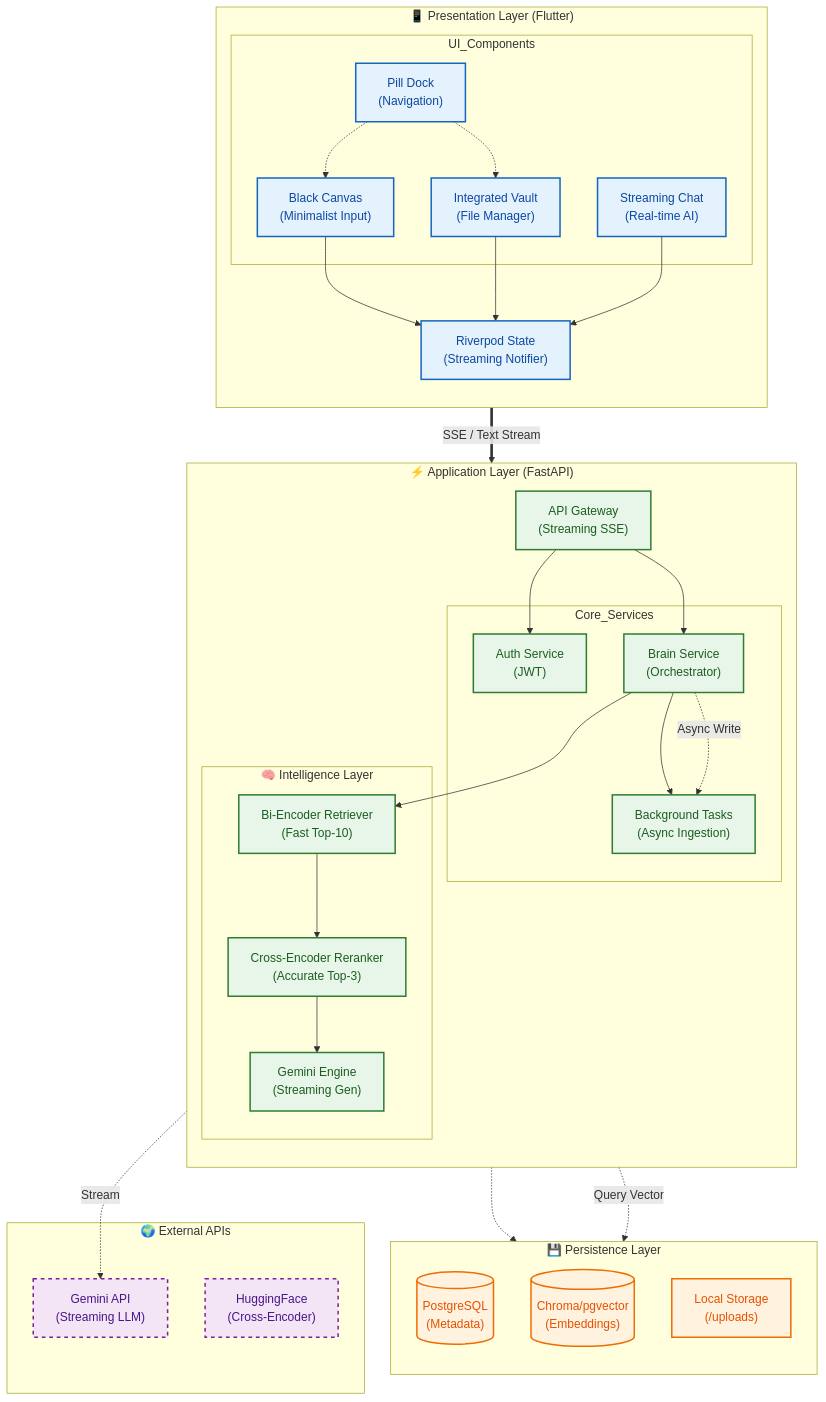
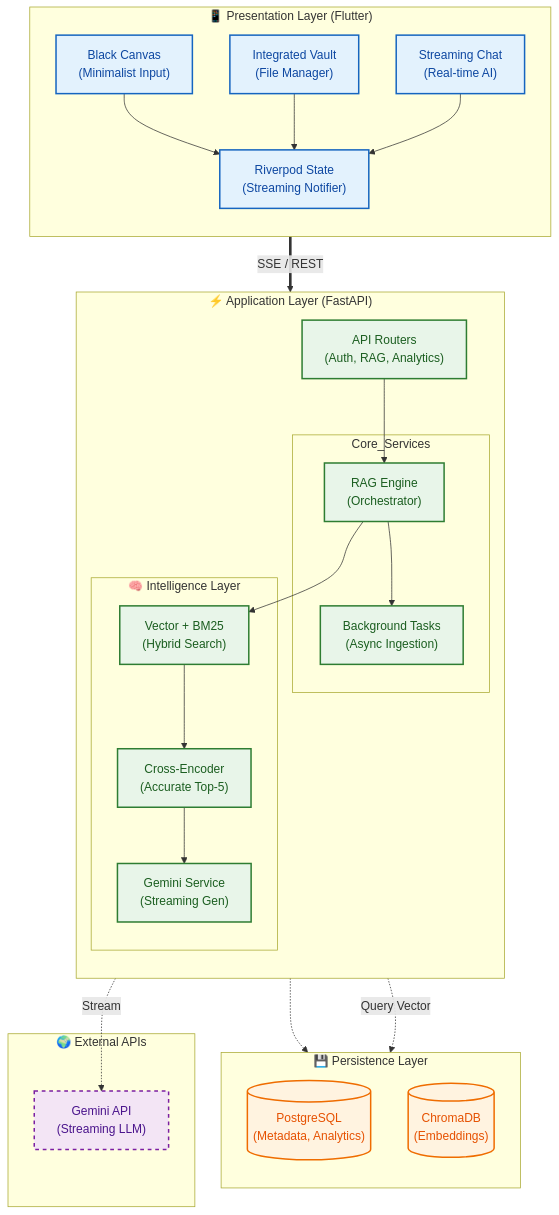
The diagram in documentation/systemdesign.md (siddhant-debug/brain-dump), drawn with Mermaid before and after one commit. The commit also changed other lines of this file and 24 other files, not shown here.

`````diff
--- a/documentation/systemdesign.md
+++ b/documentation/systemdesign.md
@@ -31,74 +21,57 @@
 ```mermaid
 graph TD
     %% --- STYLING ---
     classDef client fill:#E3F2FD,stroke:#1565C0,stroke-width:2px,color:#0D47A1;
     classDef server fill:#E8F5E9,stroke:#2E7D32,stroke-width:2px,color:#1B5E20;
     classDef data fill:#FFF3E0,stroke:#EF6C00,stroke-width:2px,color:#E65100;
     classDef ext fill:#F3E5F5,stroke:#7B1FA2,stroke-width:2px,color:#4A148C,stroke-dasharray: 5 5;
 
     %% --- TIER 1: CLIENT (FLUTTER) ---
     subgraph Client_Layer ["📱 Presentation Layer (Flutter)"]
         direction TB
-        
-        subgraph UI_Components
-            UI_Input["Black Canvas <br> (Minimalist Input)"]:::client
-            UI_Vault["Integrated Vault <br> (File Manager)"]:::client
-            UI_Stream["Streaming Chat <br> (Real-time AI)"]:::client
-            UI_Dock["Pill Dock <br> (Navigation)"]:::client
-        end
-        
+        UI_Input["Black Canvas <br> (Minimalist Input)"]:::client
+        UI_Vault["Integrated Vault <br> (File Manager)"]:::client
+        UI_Stream["Streaming Chat <br> (Real-time AI)"]:::client
         State_Mgmt["Riverpod State <br> (Streaming Notifier)"]:::client
-        
-        UI_Input --> State_Mgmt
-        UI_Vault --> State_Mgmt
-        UI_Stream --> State_Mgmt
-        UI_Dock -.-> UI_Input
-        UI_Dock -.-> UI_Vault
+        UI_Input & UI_Vault & UI_Stream --> State_Mgmt
     end
 
     %% --- TIER 2: SERVER (FASTAPI) ---
     subgraph Server_Layer ["⚡ Application Layer (FastAPI)"]
         direction TB
-        API_Gateway["API Gateway <br> (Streaming SSE)"]:::server
+        API_Gateway["API Routers <br> (Auth, RAG, Analytics)"]:::server
         
         subgraph Core_Services
-            Auth_Svc["Auth Service <br> (JWT)"]:::server
-            Brain_Svc["Brain Service <br> (Orchestrator)"]:::server
+            Brain_Svc["RAG Engine <br> (Orchestrator)"]:::server
             Bkg_Tasks["Background Tasks <br> (Async Ingestion)"]:::server
         end
         
         subgraph AI_Services ["🧠 Intelligence Layer"]
-            Retriever["Bi-Encoder Retriever <br> (Fast Top-10)"]:::server
-            Reranker["Cross-Encoder Reranker <br> (Accurate Top-3)"]:::server
-            LLM_Eng["Gemini Engine <br> (Streaming Gen)"]:::server
+            Retriever["Vector + BM25 <br> (Hybrid Search)"]:::server
+            Reranker["Cross-Encoder <br> (Accurate Top-5)"]:::server
+            LLM_Eng["Gemini Service <br> (Streaming Gen)"]:::server
         end
         
-        API_Gateway --> Auth_Svc
         API_Gateway --> Brain_Svc
-        Brain_Svc --> Retriever
-        Retriever --> Reranker
-        Reranker --> LLM_Eng
+        Brain_Svc --> Retriever --> Reranker --> LLM_Eng
         Brain_Svc --> Bkg_Tasks
     end
 
     %% --- TIER 3: DATA (PERSISTENCE) ---
     subgraph Data_Layer ["💾 Persistence Layer"]
         direction TB
-        DB_Meta[("PostgreSQL <br> (Metadata)")]:::data
-        DB_Vector[("Chroma/pgvector <br> (Embeddings)")]:::data
-        DB_Blob["Local Storage <br> (/uploads)"]:::data
+        DB_Meta[("PostgreSQL <br> (Metadata, Analytics)")]:::data
+        DB_Vector[("ChromaDB <br> (Embeddings)")]:::data
     end
 
     %% --- TIER 4: EXTERNAL (WORLD) ---
     subgraph External_Layer ["🌍 External APIs"]
         GMModels["Gemini API <br> (Streaming LLM)"]:::ext
-        HFModels["HuggingFace <br> (Cross-Encoder)"]:::ext
     end
 
     %% --- DATA FLOWS ---
-    State_Mgmt == "SSE / Text Stream" ==> API_Gateway
-    Brain_Svc -.->|"Async Write"| Bkg_Tasks
-    Bkg_Tasks -.-> DB_Blob
+    State_Mgmt == "SSE / REST" ==> API_Gateway
+    Bkg_Tasks -.-> DB_Vector
     Retriever -.->|"Query Vector"| DB_Vector
     LLM_Eng -.->|"Stream"| GMModels
-````
+```
`````
